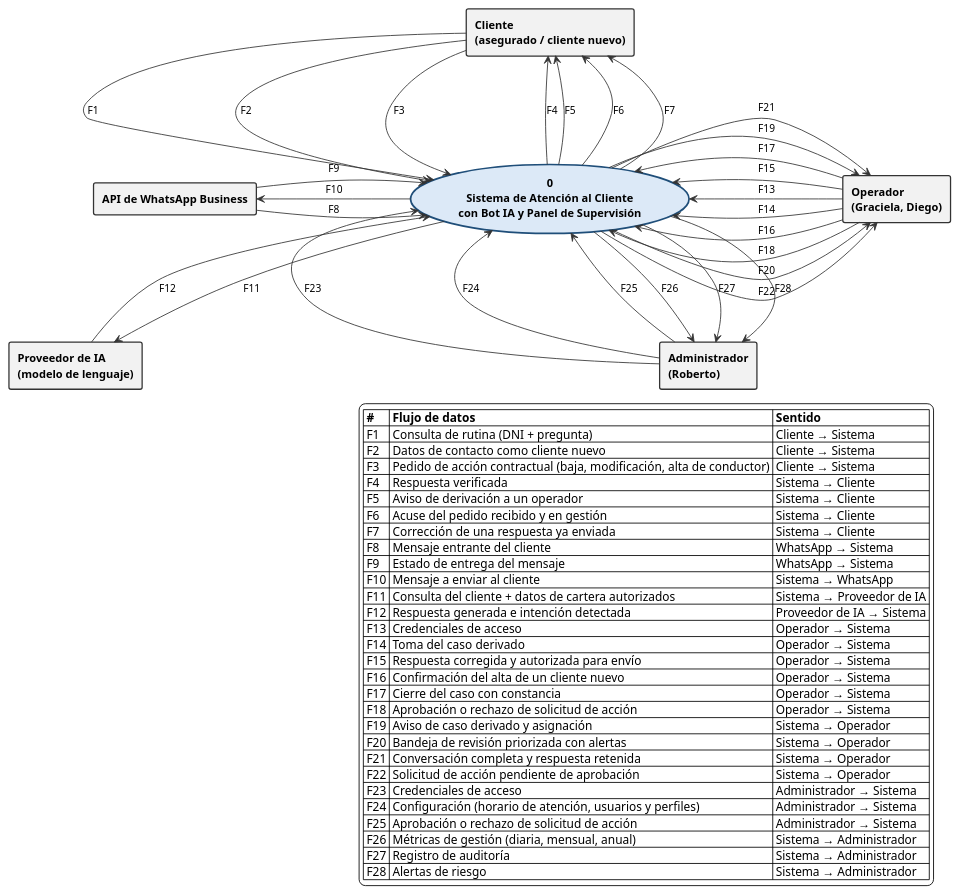
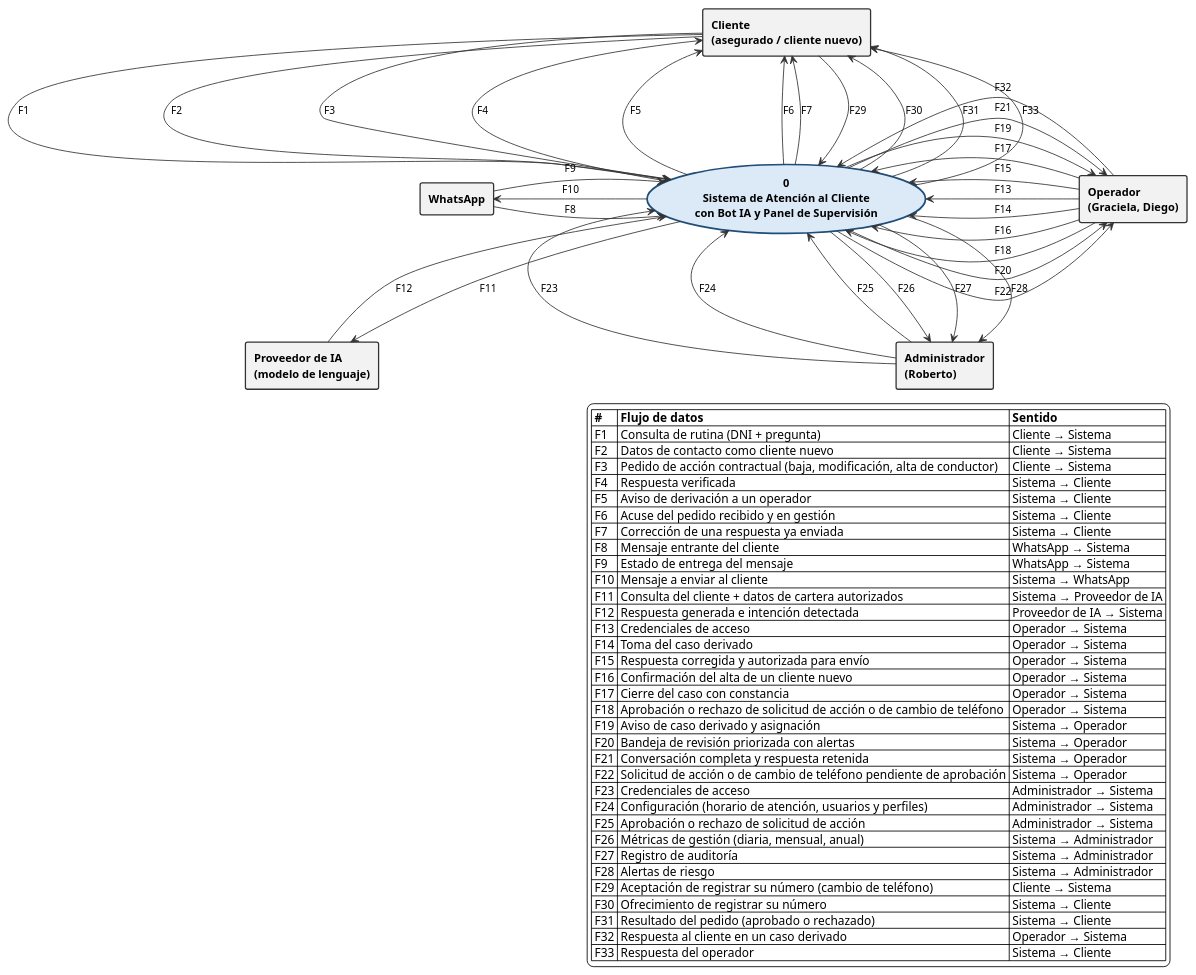
The diagram in docs/caso8_diagrama_contexto.puml (luquesantiago/Sistema-de-Atencion-al-Cliente-con-Bot-IA-y-Panel-de-Supervision), drawn with PlantUML before and after one commit. The commit also changed 11 other files, not shown here.

Commit message:
Documentar el flujo de datos, el cambio de teléfono (RF-CAR-05), el ciclo del caso y la migración; skills en .claude/skills

```diff
--- a/docs/caso8_diagrama_contexto.puml
+++ b/docs/caso8_diagrama_contexto.puml
@@ -1,113 +1,123 @@
 @startuml caso8_diagrama_contexto
 ' =====================================================================
 ' Diagrama de Contexto (DFD nivel 0) - Notacion Yourdon/DeMarco
 ' Caso 8 - Sistema de Atencion al Cliente con Bot IA y Panel de Supervision
 ' Cliente: Seguros Castano | PPP 1 - UNLa - Grupo 11
-' Cada flecha (F1..F28) representa una interaccion con el sistema.
+' Cada flecha (F1..F33) representa una interaccion con el sistema.
 ' =====================================================================
 
 skinparam backgroundColor #FFFFFF
 skinparam shadowing false
 skinparam defaultFontName Helvetica
 skinparam defaultFontSize 13
 skinparam ArrowColor #333333
 skinparam ArrowFontSize 12
 skinparam nodesep 160
 skinparam ranksep 110
 
 skinparam rectangle {
   BackgroundColor #F2F2F2
   BorderColor #333333
   BorderThickness 1.5
   FontStyle bold
 }
 
 skinparam usecase {
   BackgroundColor #DCE9F7
   BorderColor #1F4E79
   BorderThickness 2
   FontStyle bold
 }
 
 ' ---------- Proceso unico: el sistema ----------
 usecase "**0**\nSistema de Atención al Cliente\ncon Bot IA y Panel de Supervisión" as SIS
 
 ' ---------- Entidades externas ----------
 rectangle "Cliente\n(asegurado / cliente nuevo)" as CLI
 rectangle "Operador\n(Graciela, Diego)" as OPE
 rectangle "Administrador\n(Roberto)" as ADM
-rectangle "API de WhatsApp Business" as WA
+rectangle "WhatsApp" as WA
 rectangle "Proveedor de IA\n(modelo de lenguaje)" as IA
 
 ' ---------- Flujos: Cliente ----------
 CLI -down-> SIS : F1
 CLI -down-> SIS : F2
 CLI -down-> SIS : F3
 SIS -up-> CLI : F4
 SIS -up-> CLI : F5
 SIS -up-> CLI : F6
 SIS -up-> CLI : F7
+CLI -down-> SIS : F29
+SIS -up-> CLI : F30
+SIS -up-> CLI : F31
+SIS -up-> CLI : F33
 
-' ---------- Flujos: API de WhatsApp Business ----------
+' ---------- Flujos: WhatsApp ----------
 WA -right-> SIS : F8
 WA -right-> SIS : F9
 SIS -left-> WA : F10
 
 ' ---------- Flujos: Proveedor de IA ----------
 SIS -left-> IA : F11
 IA -up-> SIS : F12
 
 ' ---------- Flujos: Operador ----------
 OPE -left-> SIS : F13
 OPE -left-> SIS : F14
 OPE -left-> SIS : F15
 OPE -left-> SIS : F16
 OPE -left-> SIS : F17
 OPE -left-> SIS : F18
 SIS -right-> OPE : F19
 SIS -right-> OPE : F20
 SIS -right-> OPE : F21
 SIS -right-> OPE : F22
+OPE -left-> SIS : F32
 
 ' ---------- Flujos: Administrador ----------
 ADM -up-> SIS : F23
 ADM -up-> SIS : F24
 ADM -up-> SIS : F25
 SIS -down-> ADM : F26
 SIS -down-> ADM : F27
 SIS -down-> ADM : F28
 
 ' ---------- Referencia de flujos ----------
 legend right
 |= # |= Flujo de datos |= Sentido |
 | F1 | Consulta de rutina (DNI + pregunta) | Cliente → Sistema |
 | F2 | Datos de contacto como cliente nuevo | Cliente → Sistema |
 | F3 | Pedido de acción contractual (baja, modificación, alta de conductor) | Cliente → Sistema |
 | F4 | Respuesta verificada | Sistema → Cliente |
 | F5 | Aviso de derivación a un operador | Sistema → Cliente |
 | F6 | Acuse del pedido recibido y en gestión | Sistema → Cliente |
 | F7 | Corrección de una respuesta ya enviada | Sistema → Cliente |
 | F8 | Mensaje entrante del cliente | WhatsApp → Sistema |
 | F9 | Estado de entrega del mensaje | WhatsApp → Sistema |
 | F10 | Mensaje a enviar al cliente | Sistema → WhatsApp |
 | F11 | Consulta del cliente + datos de cartera autorizados | Sistema → Proveedor de IA |
 | F12 | Respuesta generada e intención detectada | Proveedor de IA → Sistema |
 | F13 | Credenciales de acceso | Operador → Sistema |
 | F14 | Toma del caso derivado | Operador → Sistema |
 | F15 | Respuesta corregida y autorizada para envío | Operador → Sistema |
 | F16 | Confirmación del alta de un cliente nuevo | Operador → Sistema |
 | F17 | Cierre del caso con constancia | Operador → Sistema |
-| F18 | Aprobación o rechazo de solicitud de acción | Operador → Sistema |
+| F18 | Aprobación o rechazo de solicitud de acción o de cambio de teléfono | Operador → Sistema |
 | F19 | Aviso de caso derivado y asignación | Sistema → Operador |
 | F20 | Bandeja de revisión priorizada con alertas | Sistema → Operador |
 | F21 | Conversación completa y respuesta retenida | Sistema → Operador |
-| F22 | Solicitud de acción pendiente de aprobación | Sistema → Operador |
+| F22 | Solicitud de acción o de cambio de teléfono pendiente de aprobación | Sistema → Operador |
 | F23 | Credenciales de acceso | Administrador → Sistema |
 | F24 | Configuración (horario de atención, usuarios y perfiles) | Administrador → Sistema |
 | F25 | Aprobación o rechazo de solicitud de acción | Administrador → Sistema |
 | F26 | Métricas de gestión (diaria, mensual, anual) | Sistema → Administrador |
 | F27 | Registro de auditoría | Sistema → Administrador |
 | F28 | Alertas de riesgo | Sistema → Administrador |
+| F29 | Aceptación de registrar su número (cambio de teléfono) | Cliente → Sistema |
+| F30 | Ofrecimiento de registrar su número | Sistema → Cliente |
+| F31 | Resultado del pedido (aprobado o rechazado) | Sistema → Cliente |
+| F32 | Respuesta al cliente en un caso derivado | Operador → Sistema |
+| F33 | Respuesta del operador | Sistema → Cliente |
 endlegend
 
 @enduml
```
